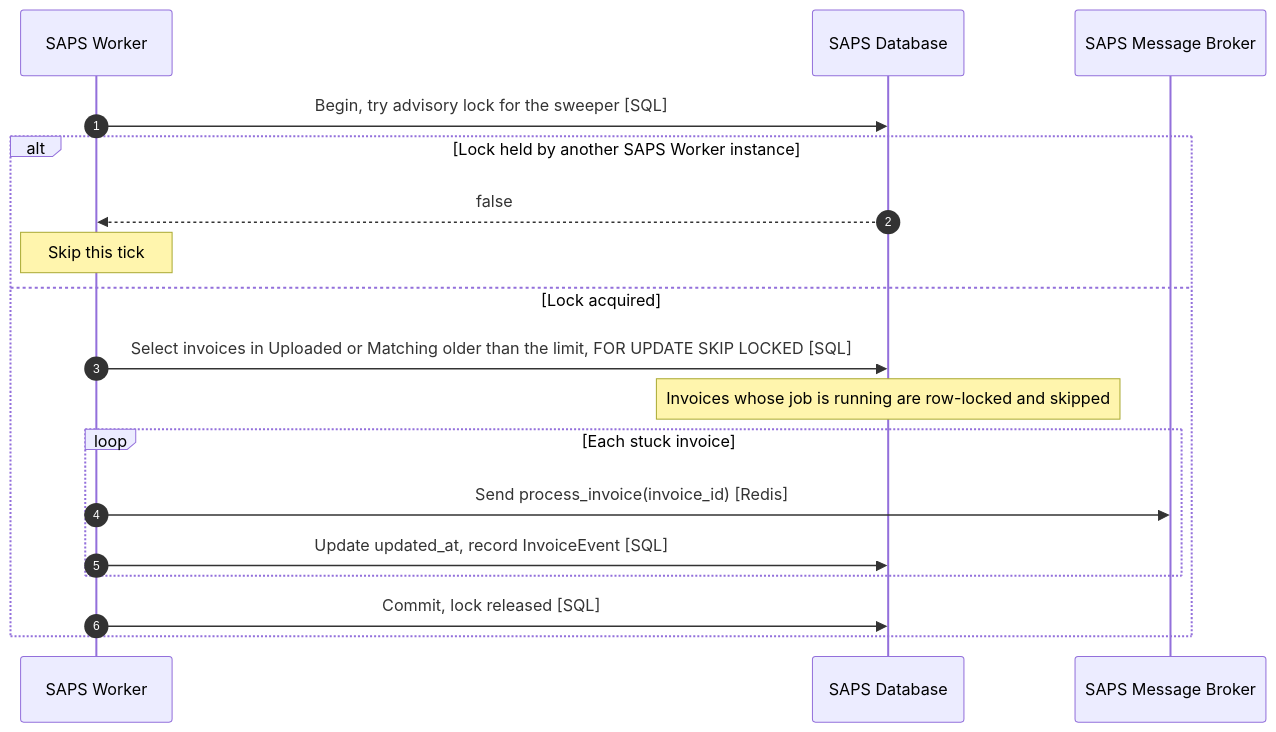
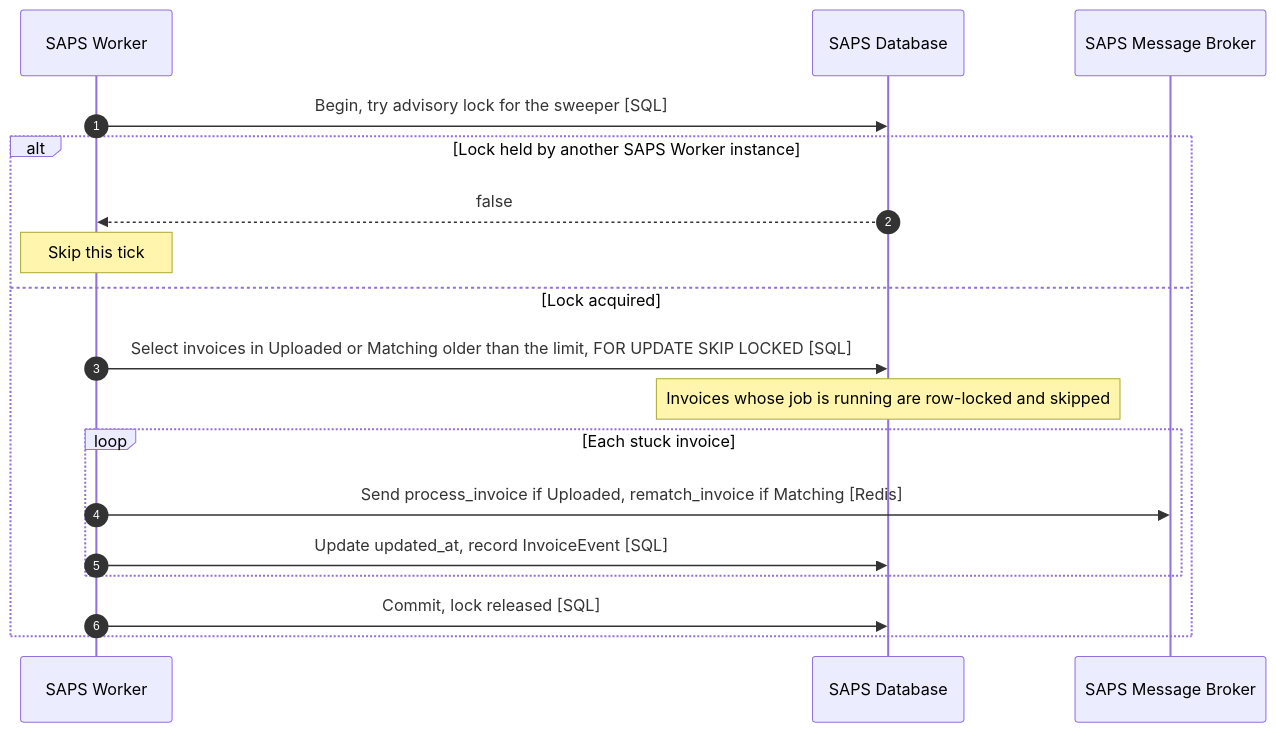
The second of 2 diagrams in docs/02-architecture/arc42/06-runtime-view.md (jiri-nguyen/SAPS), drawn with Mermaid before and after one commit. The commit also changed other lines of this file and 3 other files, not shown here.

````diff
--- a/docs/02-architecture/arc42/06-runtime-view.md
+++ b/docs/02-architecture/arc42/06-runtime-view.md
@@ -117,21 +117,21 @@
 ```mermaid
 sequenceDiagram
     autonumber
     participant Worker as SAPS Worker
     participant DB as SAPS Database
     participant MQ as SAPS Message Broker
 
     Worker->>DB: Begin, try advisory lock for the sweeper [SQL]
     alt Lock held by another SAPS Worker instance
         DB-->>Worker: false
         Note over Worker: Skip this tick
     else Lock acquired
         Worker->>DB: Select invoices in Uploaded or Matching older than the limit, FOR UPDATE SKIP LOCKED [SQL]
         Note over DB: Invoices whose job is running are row-locked and skipped
         loop Each stuck invoice
-            Worker->>MQ: Send process_invoice(invoice_id) [Redis]
+            Worker->>MQ: Send process_invoice if Uploaded, rematch_invoice if Matching [Redis]
             Worker->>DB: Update updated_at, record InvoiceEvent [SQL]
         end
         Worker->>DB: Commit, lock released [SQL]
     end
 ```
````
